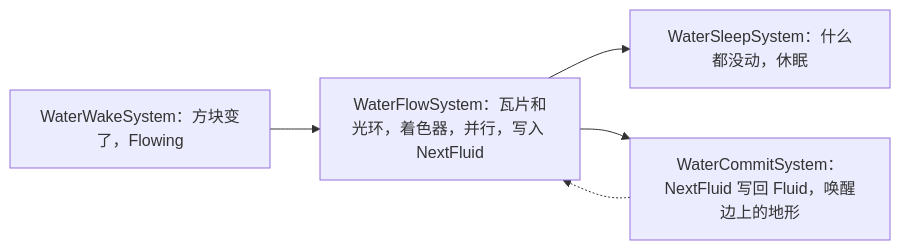
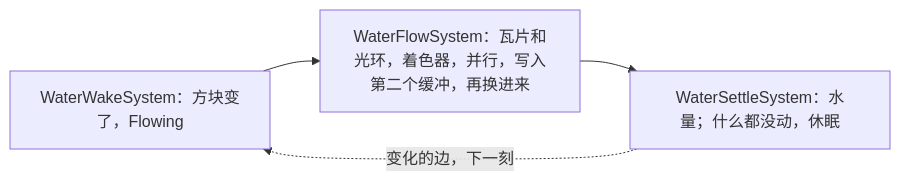
The third of 3 diagrams in docs/content/samples/voxel-server.zh.mdx (JasonXuDeveloper/EasyEcs), drawn with Mermaid before and after one commit. The commit also changed other lines of this file and 1 other file, not shown here.

First line of the commit message:
Docs: the voxel server's water steps its tile in the ping-pong form

````diff
--- a/docs/content/samples/voxel-server.zh.mdx
+++ b/docs/content/samples/voxel-server.zh.mdx
@@ -216,7 +217,6 @@
 ```mermaid
 flowchart LR
-  wake[WaterWakeSystem：方块变了，Flowing] --> flow[WaterFlowSystem：瓦片和光环，着色器，并行，写入 NextFluid]
-  flow --> sleep[WaterSleepSystem：什么都没动，休眠]
-  flow --> commit[WaterCommitSystem：NextFluid 写回 Fluid，唤醒边上的地形]
-  commit -.-> flow
+  wake[WaterWakeSystem：方块变了，Flowing] --> flow[WaterFlowSystem：瓦片和光环，着色器，并行，写入第二个缓冲，再换进来]
+  flow --> settle[WaterSettleSystem：水量；什么都没动，休眠]
+  settle -.->|变化的边，下一刻| wake
 ```
````
